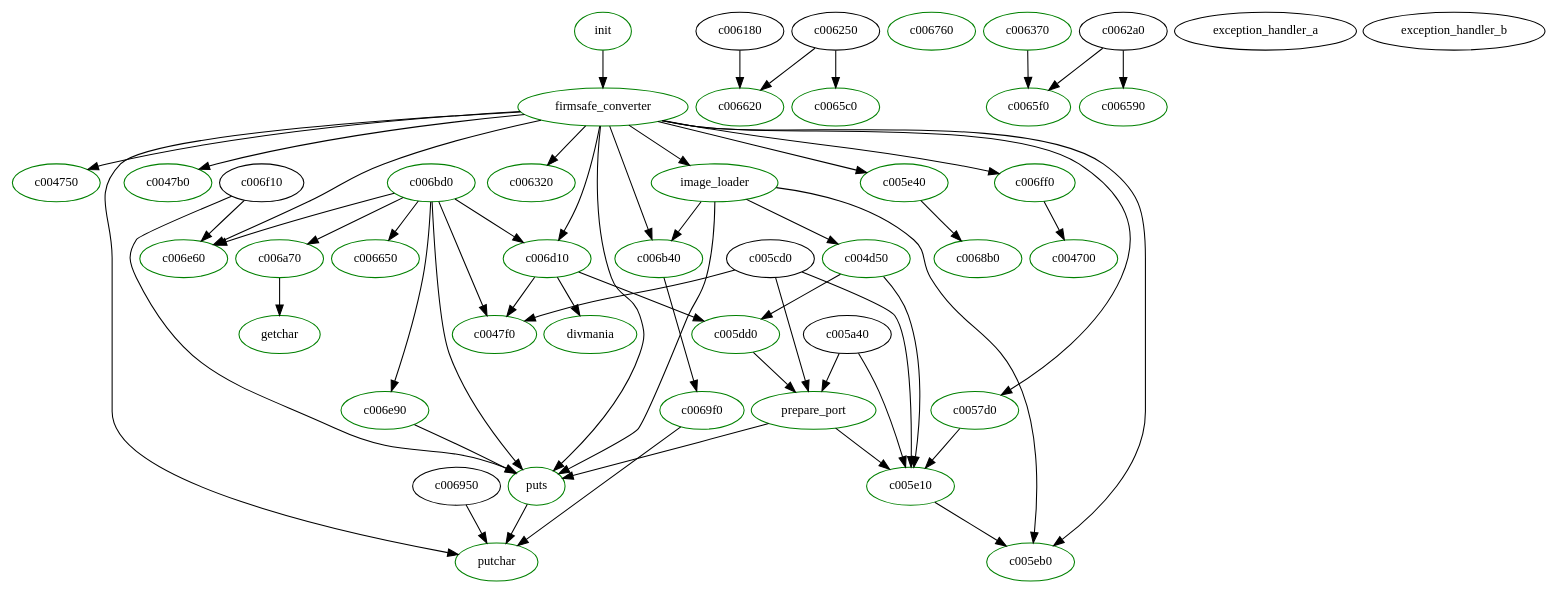
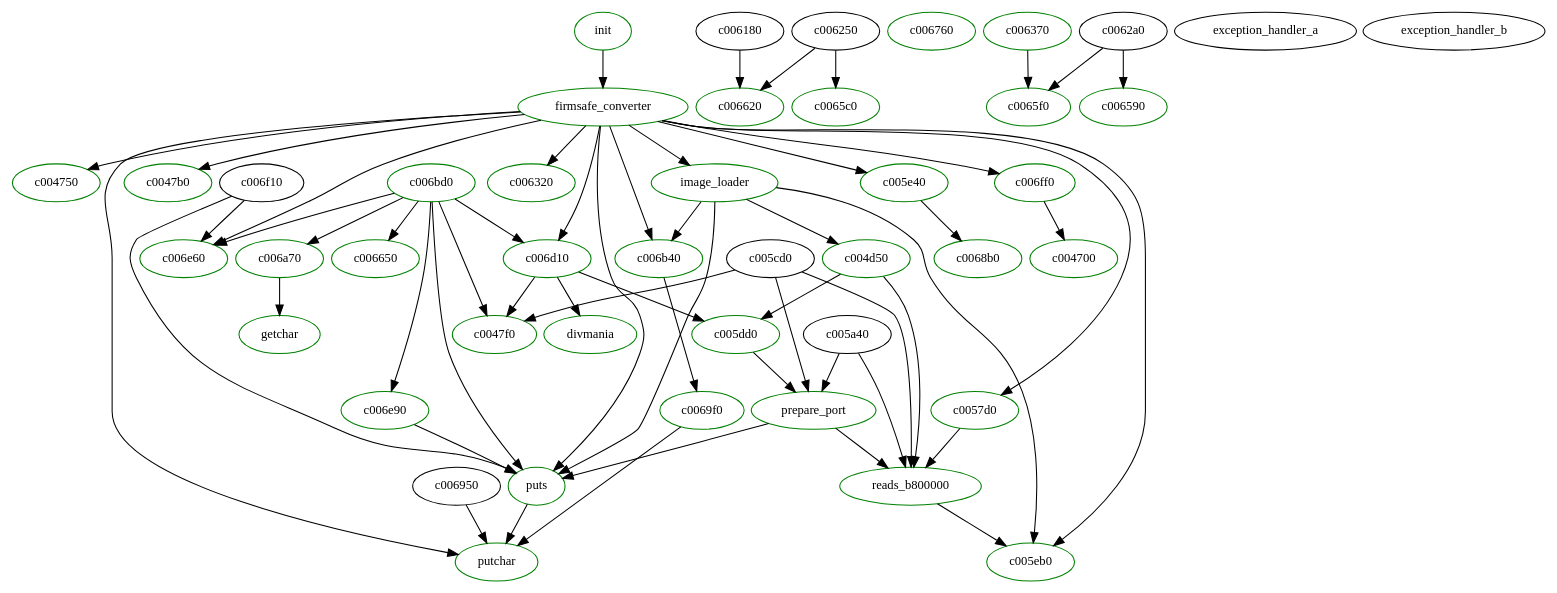
One commit to anse1/stubforth changed the diagram in cv.upx.dot. Above: the diagram before and after it, drawn with Graphviz.

Commit message:
*** empty log message ***

```diff
--- a/cv.upx.dot
+++ b/cv.upx.dot
@@ -1,169 +1,169 @@
 # -*- compile-command:   dotty cv.upx.dot   -*-
 digraph  procedures  {
 node [fontsize=12]
 
  graph [nodesep=0.1]
 
  c005eb0 [ color=green]
 
   c006b40 -> c0069f0
 
   c006b40 [ color=green ]
 
   c0069f0 ->   c006f80
 c0069f0 [ color=green ]
 c006620 [ color=green]
 
 	 c005dd0 -> c005610
 	 c005dd0 [color=green ]
 
 	  c005610 -> { c005e10 c006ab0}
 
 	 c005610 [color=green, label=prepare_port ]
 
 c006dd0 [ label=getchar, color=green]
 
 	 c006f80  [
 		label =  putchar 
 		color =  green 
 	]
 	 c006ab0  [color =  green, label=puts ]
 	 c004d50  [color =  green ]
 	 c005e10  [color =  green ]
 		 c005eb0 
 		 c006b40 
 		 c004d50 
 		 c005e10 
 		 c005dd0 
 
 	 c006ab0  ->  c006f80 
 	 c006180  ->  c006620  
 
 	 c004ab0  ->  { c006ab0  c005eb0  c006b40   c004d50   }
 
 
 	 c004d50  ->  c005e10  
 	 c004d50  ->  c005dd0  
 	 c005e10  ->  c005eb0  
 c006760 [ color=green]
 
 c006bd0 [color=green]
 
 
 c006bd0 -> {
 c0047f0 [color=green]
 
 c006650 [color=green]
 c006a70 [color=green]
 c006ab0 [color=green]
 c006d10 [color=green]
 c006e60 [color=green]
 c006e90 [color=green]
 }
 
 
 c006e90-> {
 c006ab0 [color=green]
 
 }
 
 
 c006a70 -> c006dd0
 
 c006d10 -> {
 	c007040 [label="divmania", color=green]
 	c005dd0
 	c0047f0
 }
 
 c003fb0 [color=green, label=init]
 
 c003fb0 -> {
 	c005090 [color=green, label=firmsafe_converter]
 }
 
 c006370 [color=green]
 
 
 c006370 -> {
 c0065f0 [color=green]
 }
 
 
 c005090  -> {
 # ac00001c
 # c004a34
 c004750 [color=green]
 c0047b0 [color=green]
 c004ab0 [color=green, label=image_loader]
 c0057d0 [color=green]
 c005e40 [color=green]
 c005eb0
 c006320 [color=green]
 c006ab0
 c006b40
 c006d10
 c006e60
 c006f80
 c006ff0 [color=green]
 
 }
 
 c006ff0 -> {
 c004700 [ color=green ]
 }
 
 c0057d0 -> {
 	c005e10 
 }
 
 c005e40 ->  {
 	c0068b0 [color=green]
 }
 
 
 
 c0055b0 [label=exception_handler_a]
 c0055e0 [label=exception_handler_b]
 c005a40 -> {
- c005e10
+ c005e10 [label=reads_b800000]
  c005610
 }
 
 
 c005cd0 -> {
 c005e10
 c005610
 c0047f0
 }
 
 
 c006250 -> {
 c006620
 c0065c0 [color=green]
 
 }
 
 c0062a0 -> {
 c006590 [color=green]
 c0065f0
 
 }
 
 
 c006950 -> {
 c006f80
 
 }
 
 
  c006f10 -> {
 c006ab0
 c006e60
 
 }
 
 
 
 
 }
```
